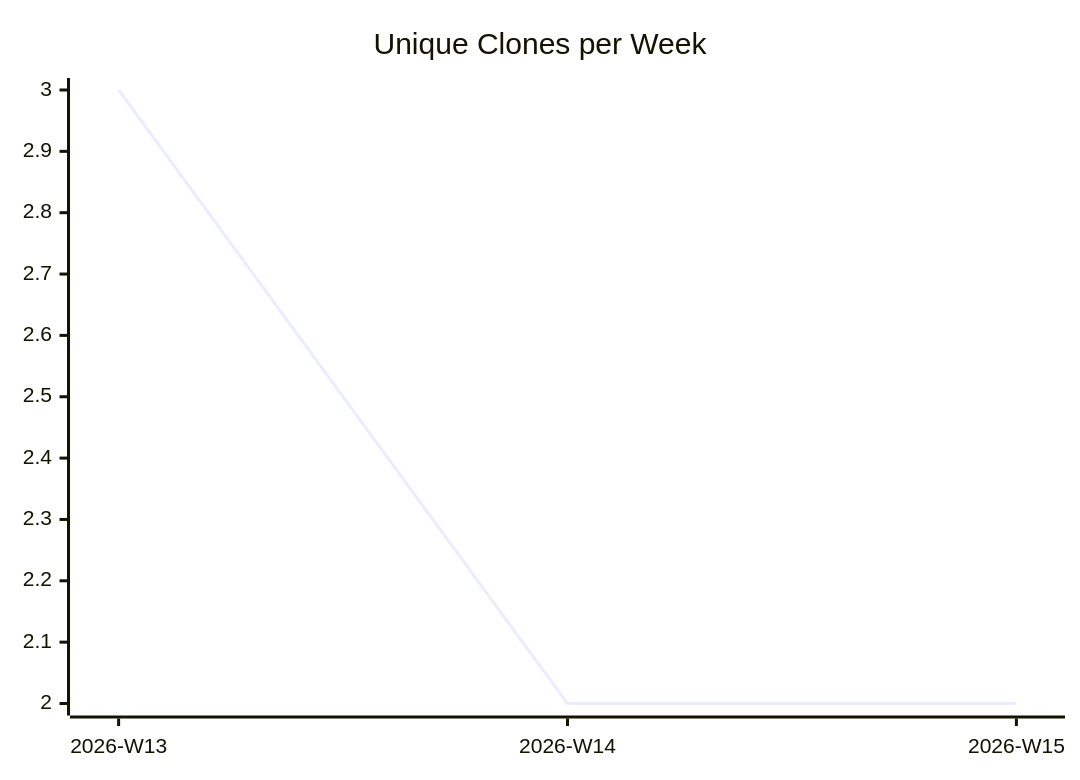
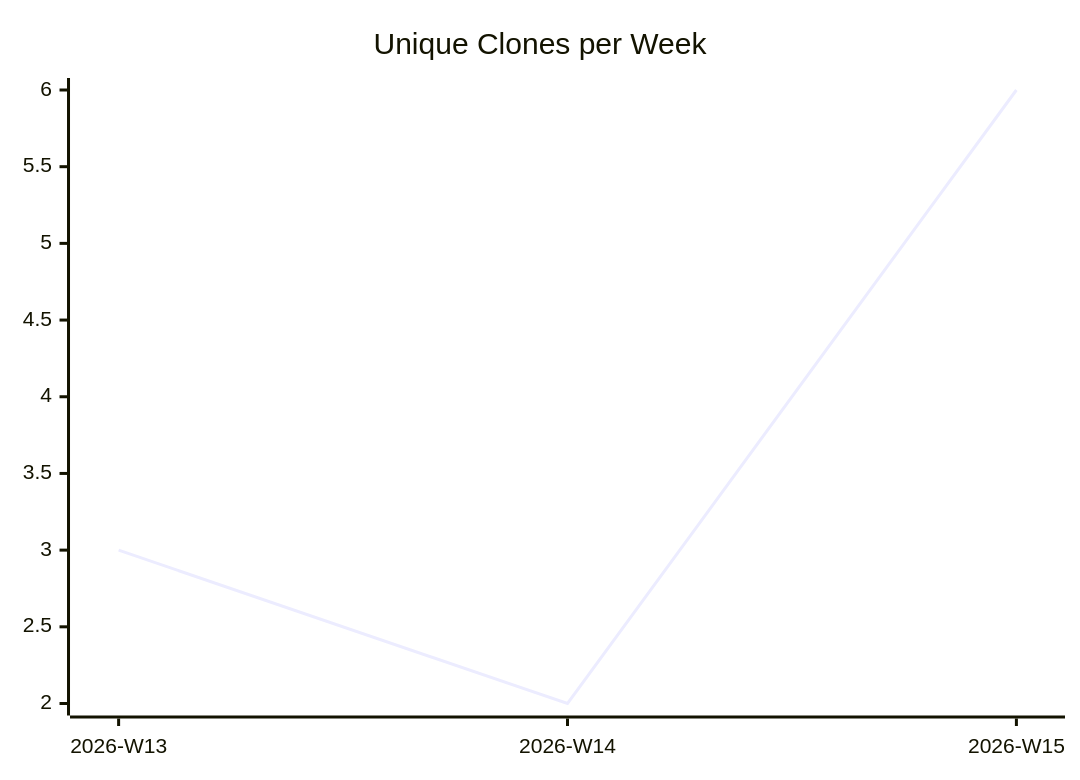
One commit to justdavis-family/github-analytics-data changed the third of 3 diagrams in karlmdavis/justdavis-ansible/README.md. Above: the diagram before and after it, drawn with Mermaid. The commit also changed other lines of this file and 192 other files, not shown here.

````diff
--- a/karlmdavis/justdavis-ansible/README.md
+++ b/karlmdavis/justdavis-ansible/README.md
@@ -19,6 +19,6 @@
 ```mermaid
 xychart-beta
   title "Unique Clones per Week"
   x-axis ["2026-W13", "2026-W14", "2026-W15"]
-  line [3, 2, 2]
+  line [3, 2, 6]
 ```
````
